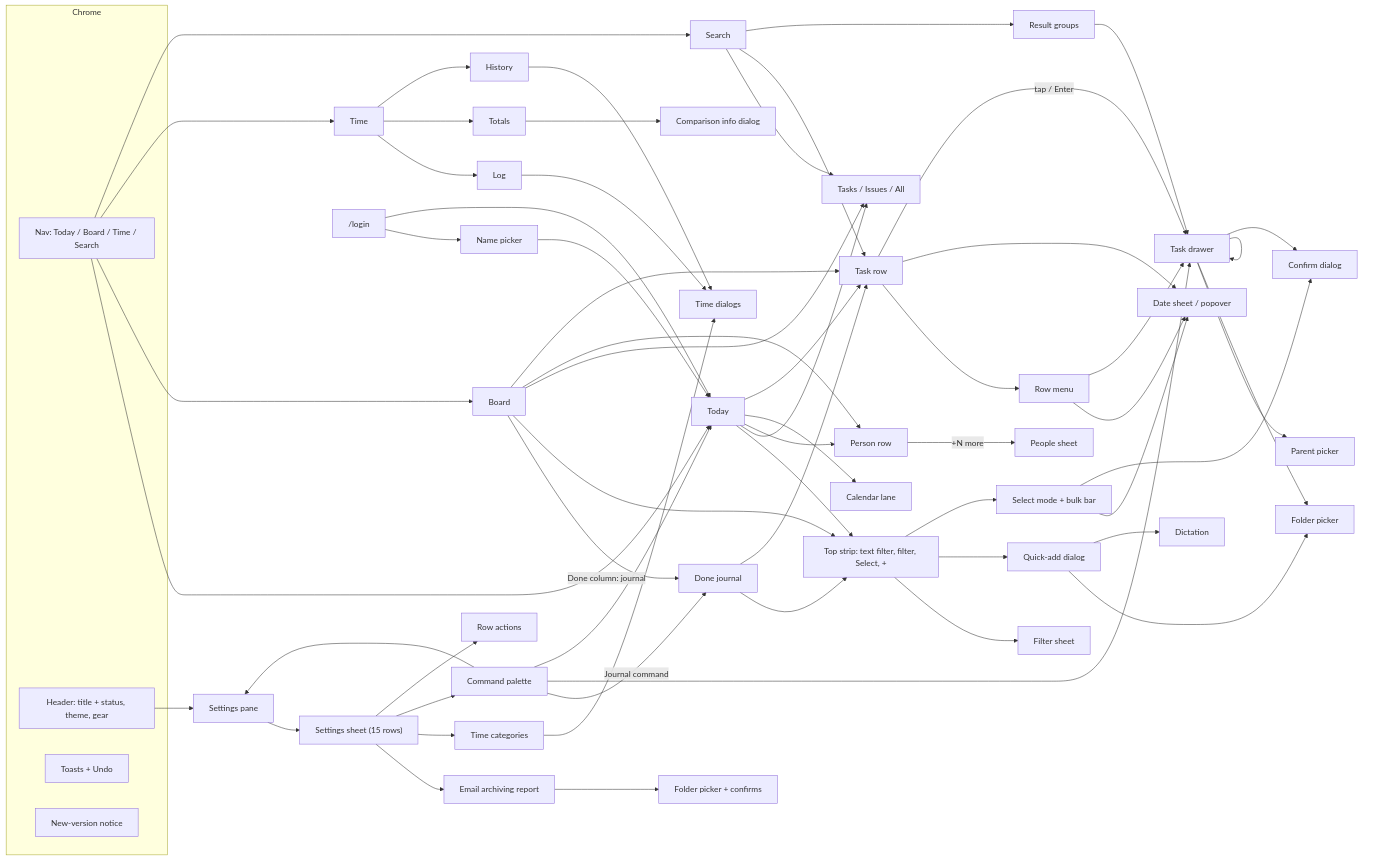
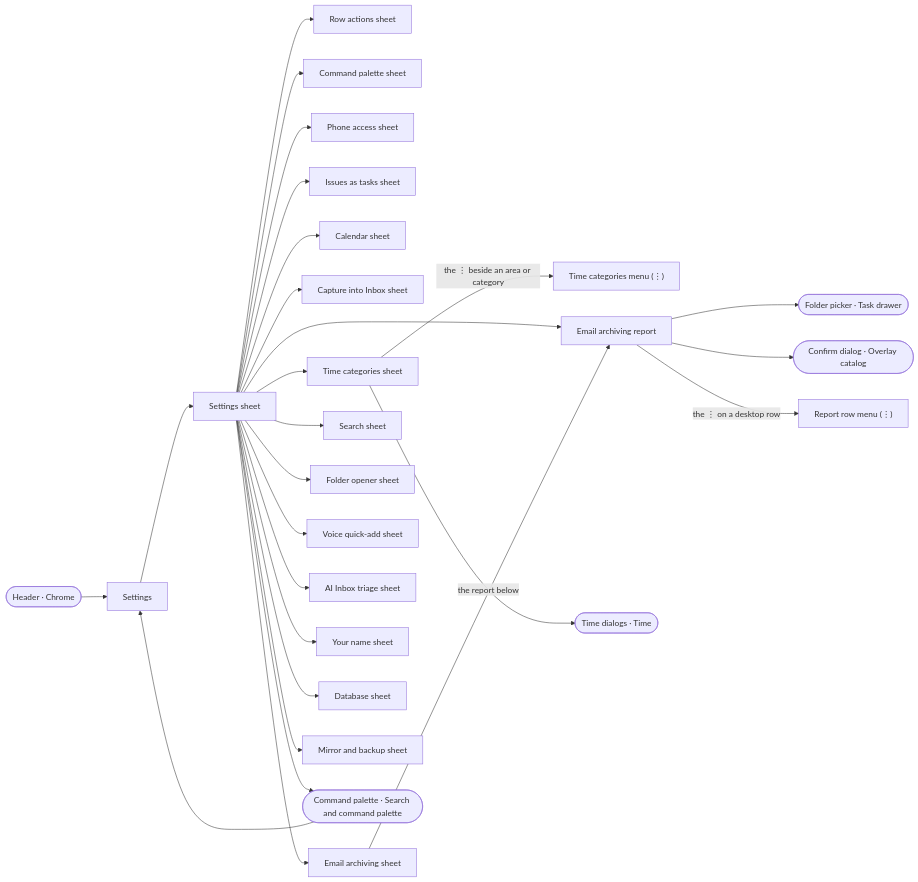
One commit to ferraroroberto/task-os changed the tenth of 12 diagrams in docs/ux-surface-map.md. Above: the diagram before and after it, drawn with Mermaid. The commit also changed other lines of this file and 9 other files, not shown here.

First line of the commit message:
chore: UX surface map moves to a YAML source generating the page and per-area diagrams (#745)

````diff
--- a/docs/ux-surface-map.md
+++ b/docs/ux-surface-map.md
@@ -43,75 +813,54 @@
 ```mermaid
 flowchart LR
-  subgraph Chrome
-    NAV["Nav: Today / Board / Time / Search"]
-    HEAD["Header: title + status, theme, gear"]
-    TOAST["Toasts + Undo"]
-    BUILD["New-version notice"]
-  end
-
-  NAV --> TODAY["Today"]
-  NAV --> BOARD["Board"]
-  NAV --> TIME["Time"]
-  NAV --> SEARCH["Search"]
-  HEAD --> SETTINGS["Settings pane"]
-  BOARD -->|"Done column: journal"| JOURNAL["Done journal"]
-  PALETTE -->|"Journal command"| JOURNAL
-
-  TODAY --> STRIP["Top strip: text filter, filter, Select, +"]
-  BOARD --> STRIP
-  JOURNAL --> STRIP
-  STRIP --> FILTER["Filter sheet"]
-  STRIP --> QADD["Quick-add dialog"]
-  STRIP --> SELECT["Select mode + bulk bar"]
-  TODAY --> SCOPE["Tasks / Issues / All"]
-  BOARD --> SCOPE
-  SEARCH --> SCOPE
-  TODAY --> PERSON["Person row"]
-  BOARD --> PERSON
-  PERSON -->|"+N more"| OWNERS["People sheet"]
-
-  TODAY --> CAL["Calendar lane"]
-  TODAY --> ROW["Task row"]
-  BOARD --> ROW
-  SEARCH --> ROW
-  JOURNAL --> ROW
-  ROW --> KEBAB["Row menu"]
-  ROW --> DATE["Date sheet / popover"]
-  ROW -->|"tap / Enter"| DRAWER["Task drawer"]
-  KEBAB --> DATE
-  KEBAB --> DRAWER
-  SELECT --> DATE
-  SELECT --> CONFIRMD["Confirm dialog"]
-
-  DRAWER --> PARENT["Parent picker"]
-  DRAWER --> FOLDERPICK["Folder picker"]
-  DRAWER --> CONFIRMD
-  DRAWER --> DRAWER
-  QADD --> FOLDERPICK
-  QADD --> DICTATE["Dictation"]
-
-  TIME --> TLOG["Log"]
-  TIME --> TTOT["Totals"]
-  TIME --> THIST["History"]
-  TLOG --> TDLG["Time dialogs"]
-  THIST --> TDLG
-  TTOT --> TINFO["Comparison info dialog"]
-
-  SEARCH --> HITS["Result groups"]
-  HITS --> DRAWER
-  PALETTE["Command palette"] --> DRAWER
-  PALETTE --> TODAY
-  PALETTE --> SETTINGS
-
-  SETTINGS --> SHEET["Settings sheet (15 rows)"]
-  SHEET --> ARCH["Email archiving report"]
-  SHEET --> TCATS["Time categories"]
-  SHEET --> PALETTE
-  SHEET --> ROWACT["Row actions"]
-  ARCH --> TDLG2["Folder picker + confirms"]
-  TCATS --> TDLG
-
-  LOGIN["/login"] --> PICK["Name picker"]
-  PICK --> TODAY
-  LOGIN --> TODAY
+  s53["Settings"]
+  s54["Settings sheet"]
+  s55["Row actions sheet"]
+  s56["Command palette sheet"]
+  s57["Phone access sheet"]
+  s58["Issues as tasks sheet"]
+  s59["Calendar sheet"]
+  s60["Capture into Inbox sheet"]
+  s61["Email archiving sheet"]
+  s62["Time categories sheet"]
+  s63["Search sheet"]
+  s64["Folder opener sheet"]
+  s65["Voice quick-add sheet"]
+  s66["AI Inbox triage sheet"]
+  s67["Your name sheet"]
+  s68["Database sheet"]
+  s69["Mirror and backup sheet"]
+  s70["Time categories menu (⋮)"]
+  s71["Email archiving report"]
+  s72["Report row menu (⋮)"]
+  s0(["Header · Chrome"])
+  s50(["Command palette · Search and command palette"])
+  s47(["Time dialogs · Time"])
+  s41(["Folder picker · Task drawer"])
+  s75(["Confirm dialog · Overlay catalog"])
+  s0 --> s53
+  s50 --> s53
+  s53 --> s54
+  s54 --> s71
+  s54 --> s62
+  s54 --> s50
+  s54 --> s55
+  s54 --> s67
+  s54 --> s64
+  s54 --> s59
+  s54 --> s56
+  s54 --> s57
+  s54 --> s66
+  s54 --> s68
+  s54 --> s65
+  s54 --> s58
+  s54 --> s63
+  s54 --> s69
+  s54 --> s61
+  s54 --> s60
+  s61 -->|"the report below"| s71
+  s62 --> s47
+  s62 -->|"the ⋮ beside an area or category"| s70
+  s71 --> s41
+  s71 --> s75
+  s71 -->|"the ⋮ on a desktop row"| s72
 ```
````
